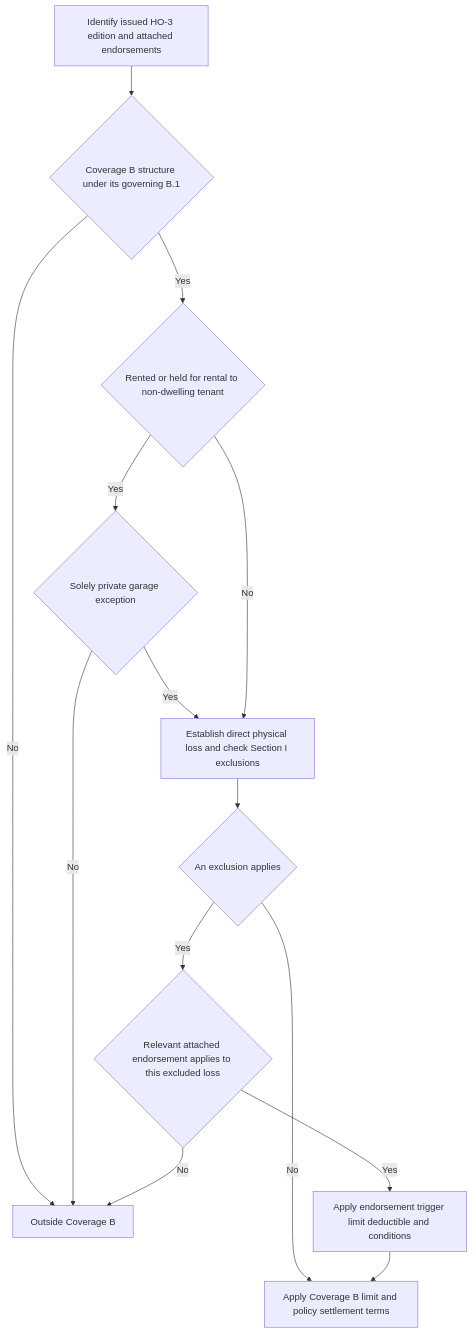
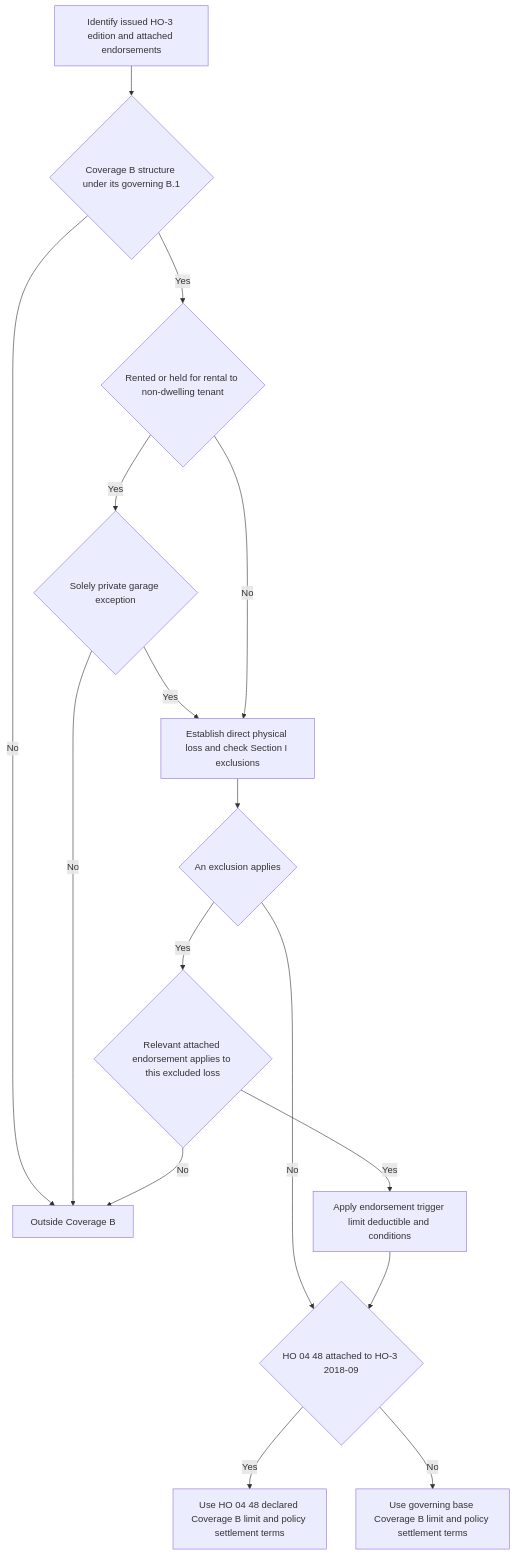
One commit to eugeneliu-86/openwiki-insurance-corpus changed the diagram in openwiki/coverage/coverage-b/other-structures.md. Above: the diagram before and after it, drawn with Mermaid. The commit also changed other lines of this file and 8 other files, not shown here.

````diff
--- a/openwiki/coverage/coverage-b/other-structures.md
+++ b/openwiki/coverage/coverage-b/other-structures.md
@@ -77,16 +85,18 @@
 ```mermaid
 flowchart TD
     Start["Identify issued HO-3 edition and attached endorsements"] --> Structure{"Coverage B structure under its governing B.1"}
     Structure -- No --> Outside["Outside Coverage B"]
     Structure -- Yes --> Rental{"Rented or held for rental to non-dwelling tenant"}
     Rental -- Yes --> Garage{"Solely private garage exception"}
     Garage -- No --> Outside
     Garage -- Yes --> Loss
     Rental -- No --> Loss["Establish direct physical loss and check Section I exclusions"]
     Loss --> Excluded{"An exclusion applies"}
-    Excluded -- No --> Limit["Apply Coverage B limit and policy settlement terms"]
+    Excluded -- No --> Increased{"HO 04 48 attached to HO-3 2018-09"}
     Excluded -- Yes --> Endorsement{"Relevant attached endorsement applies to this excluded loss"}
     Endorsement -- No --> Outside
     Endorsement -- Yes --> Terms["Apply endorsement trigger limit deductible and conditions"]
-    Terms --> Limit
+    Terms --> Increased
+    Increased -- Yes --> Limit["Use HO 04 48 declared Coverage B limit and policy settlement terms"]
+    Increased -- No --> BaseLimit["Use governing base Coverage B limit and policy settlement terms"]
 ```
````
